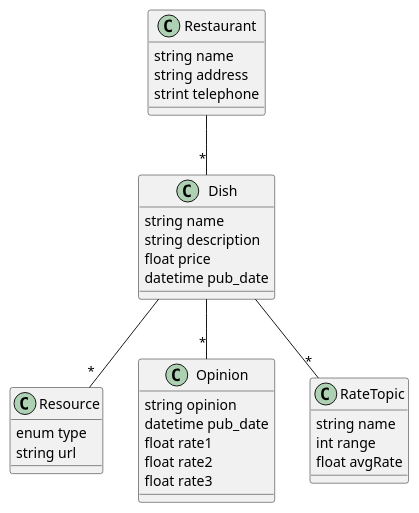
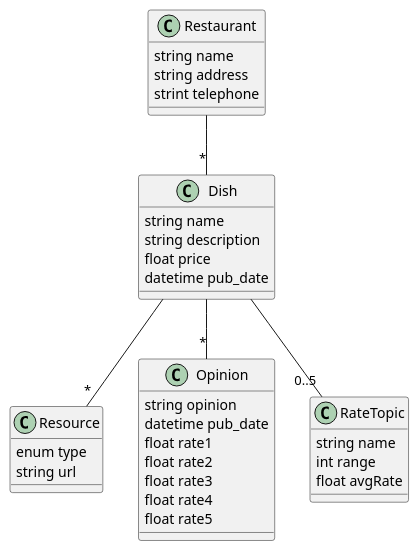
Before and after one commit to jero3000/irestaurant: the diagram in doc/diagrams/model.puml, drawn with PlantUML.

Commit message:
Allow up to 5 topics to rate a dish

```diff
--- a/doc/diagrams/model.puml
+++ b/doc/diagrams/model.puml
@@ -1,44 +1,46 @@
 @startuml
 
 'Class definitions:
 
 class Restaurant{
     string name
     string address
     strint telephone
 }
 
 class Dish{
     string name
     string description
     float price
     datetime pub_date
 
 }
 
 class Resource{
     enum type
     string url
 }
 
 class Opinion {
     string opinion
     datetime pub_date
     float rate1
     float rate2
     float rate3
+    float rate4
+    float rate5
 }
 
 class RateTopic{
     string name
     int range
     float avgRate
 }
-'Relations:
+'Relations:∫
 
 Restaurant -- "*" Dish
 Dish -- "*" Resource
 Dish -- "*" Opinion
-Dish -- "*" RateTopic
+Dish -- "0..5" RateTopic
 
 @enduml
```
